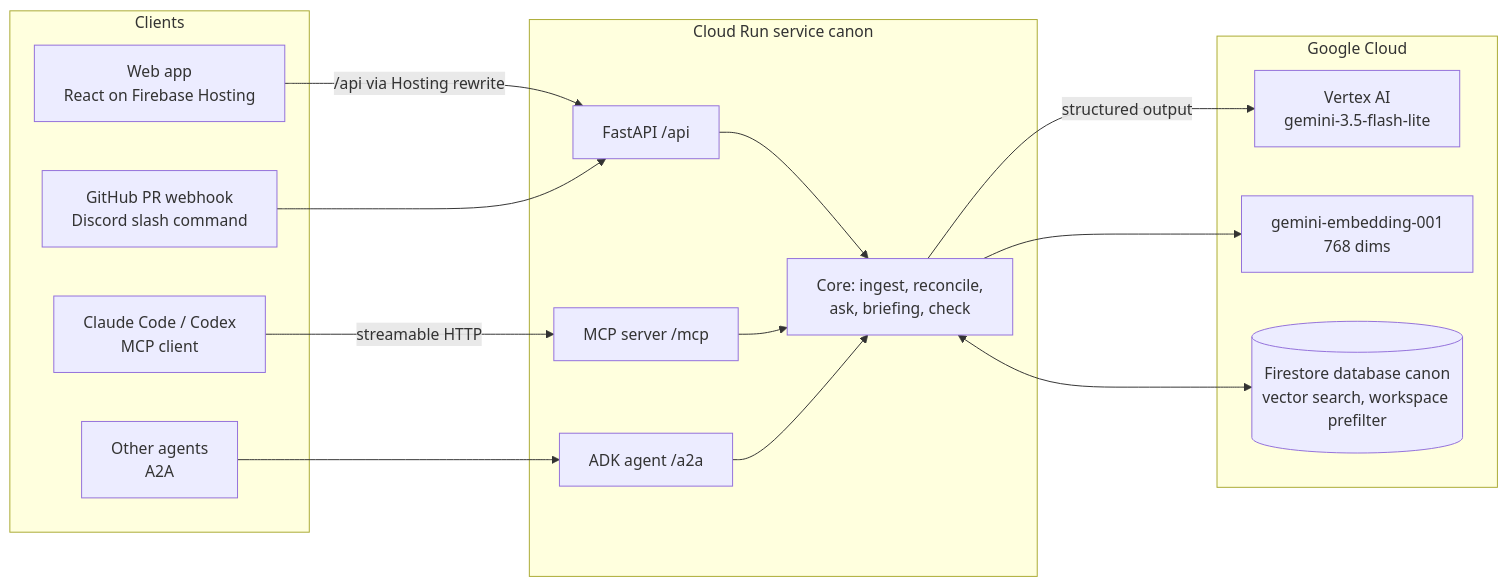
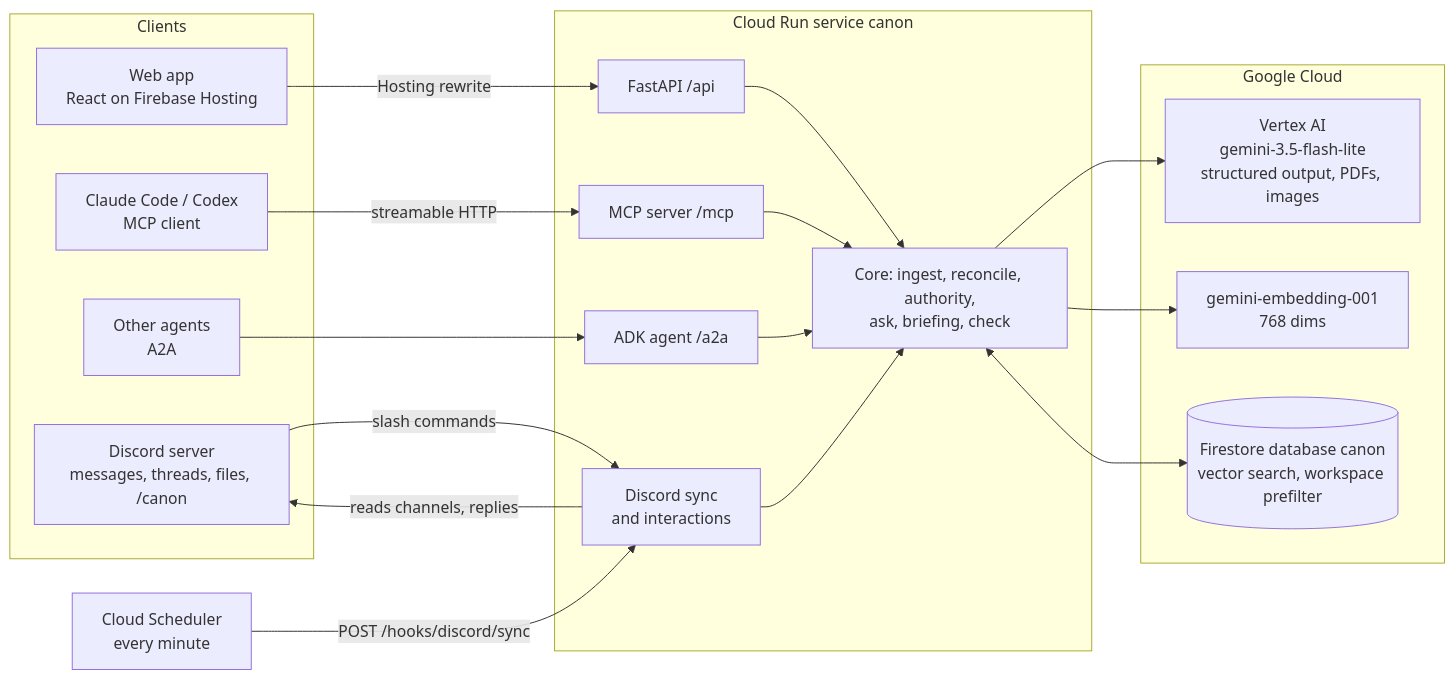
One commit to tejasnafde/canon changed the diagram in README.md. Above: the diagram before and after it, drawn with Mermaid. The commit also changed other lines of this file, not shown here.

Commit message:
W22 docs: README for judges, final UI, authority, Discord live demo, acme4 benchmark and memory health

````diff
--- a/README.md
+++ b/README.md
@@ -99,30 +104,35 @@
 ```mermaid
 flowchart LR
   subgraph Clients
     W[Web app<br/>React on Firebase Hosting]
     CC[Claude Code / Codex<br/>MCP client]
     A2[Other agents<br/>A2A]
-    GH[GitHub PR webhook<br/>Discord slash command]
+    DC[Discord server<br/>messages, threads, files, /canon]
   end
+  SCH[Cloud Scheduler<br/>every minute]
   subgraph CR[Cloud Run service canon]
     API[FastAPI /api]
     MCP[MCP server /mcp]
     ADK[ADK agent /a2a]
-    CORE[Core: ingest, reconcile,<br/>ask, briefing, check]
+    SYNC[Discord sync<br/>and interactions]
+    CORE[Core: ingest, reconcile, authority,<br/>ask, briefing, check]
   end
   subgraph GCP[Google Cloud]
-    GEM[Vertex AI<br/>gemini-3.5-flash-lite]
+    GEM[Vertex AI<br/>gemini-3.5-flash-lite<br/>structured output, PDFs, images]
     EMB[gemini-embedding-001<br/>768 dims]
     FS[(Firestore database canon<br/>vector search, workspace prefilter)]
   end
-  W -->|/api via Hosting rewrite| API
+  W -->|Hosting rewrite| API
   CC -->|streamable HTTP| MCP
   A2 --> ADK
-  GH --> API
+  DC -->|slash commands| SYNC
+  SCH -->|POST /hooks/discord/sync| SYNC
+  SYNC -->|reads channels, replies| DC
   API --> CORE
   MCP --> CORE
   ADK --> CORE
-  CORE -->|structured output| GEM
+  SYNC --> CORE
+  CORE --> GEM
   CORE --> EMB
   CORE <--> FS
 ```
````
